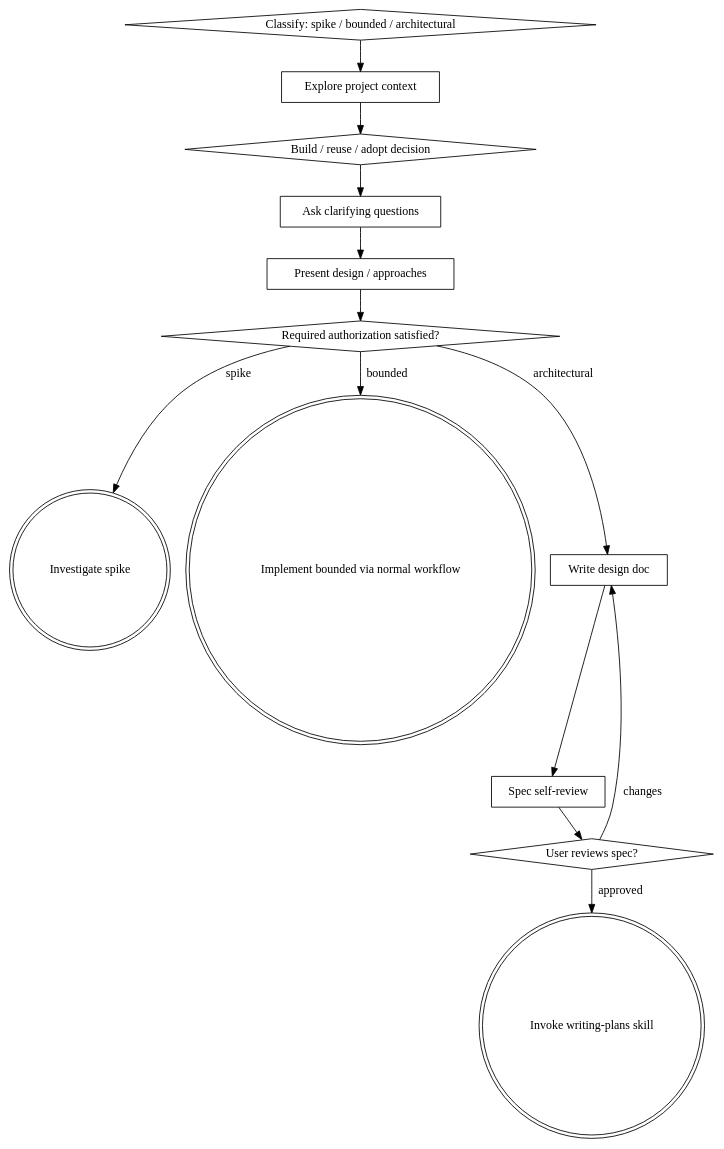
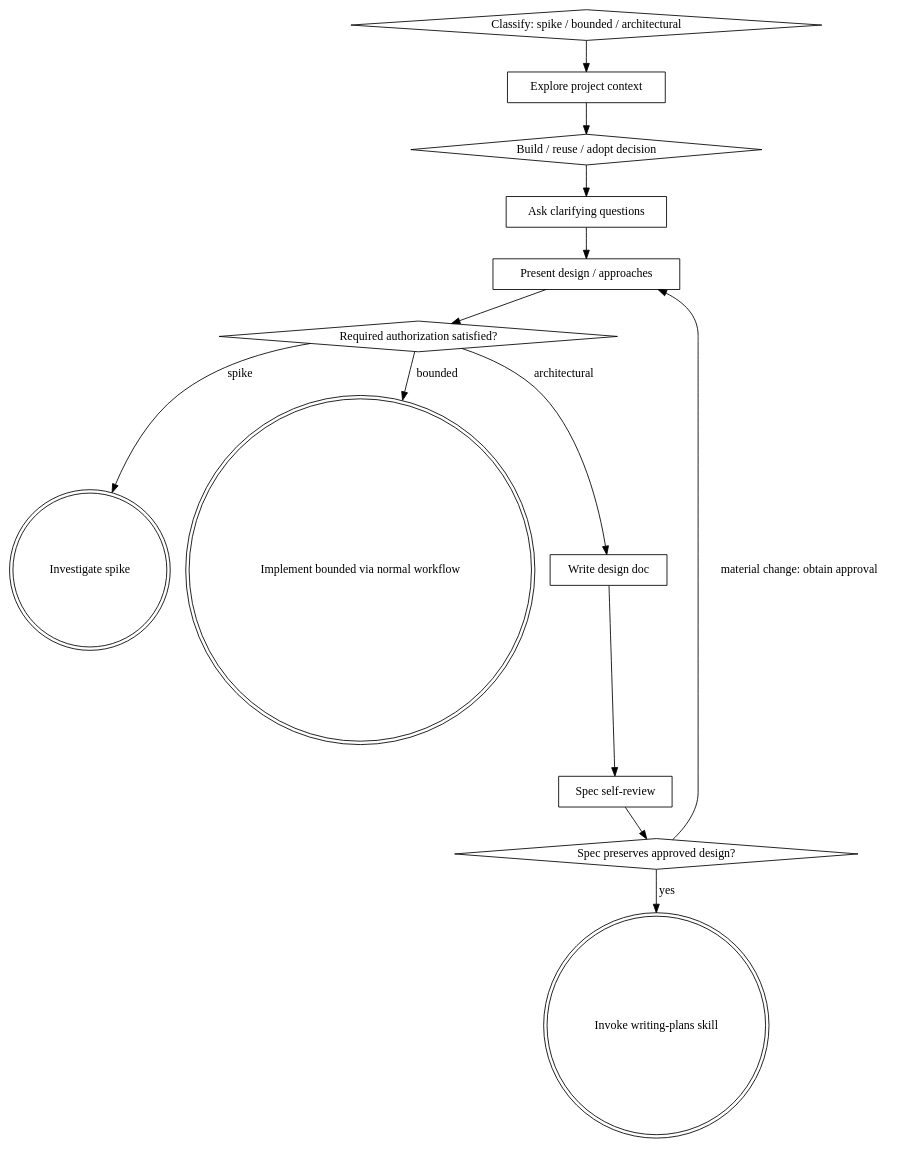
Before and after one commit to chris-han/livingware-engineer: the diagram in skills/brainstorming/SKILL.md, drawn with Graphviz. The commit also changed other lines of this file and 30 other files, not shown here.

Commit message:
fix: apply skill-review findings and release 6.5.20

````diff
--- a/skills/brainstorming/SKILL.md
+++ b/skills/brainstorming/SKILL.md
@@ -121,29 +121,29 @@
 ```dot
 digraph brainstorming {
     "Classify: spike / bounded / architectural" [shape=diamond];
     "Explore project context" [shape=box];
     "Build / reuse / adopt decision" [shape=diamond];
     "Ask clarifying questions" [shape=box];
     "Present design / approaches" [shape=box];
     "Required authorization satisfied?" [shape=diamond];
     "Investigate spike" [shape=doublecircle];
     "Implement bounded via normal workflow" [shape=doublecircle];
     "Write design doc" [shape=box];
     "Spec self-review" [shape=box];
-    "User reviews spec?" [shape=diamond];
+    "Spec preserves approved design?" [shape=diamond];
     "Invoke writing-plans skill" [shape=doublecircle];
 
     "Classify: spike / bounded / architectural" -> "Explore project context";
     "Explore project context" -> "Build / reuse / adopt decision";
     "Build / reuse / adopt decision" -> "Ask clarifying questions";
     "Ask clarifying questions" -> "Present design / approaches";
     "Present design / approaches" -> "Required authorization satisfied?";
     "Required authorization satisfied?" -> "Investigate spike" [label="spike"];
     "Required authorization satisfied?" -> "Implement bounded via normal workflow" [label="bounded"];
     "Required authorization satisfied?" -> "Write design doc" [label="architectural"];
     "Write design doc" -> "Spec self-review";
-    "Spec self-review" -> "User reviews spec?";
-    "User reviews spec?" -> "Write design doc" [label="changes"];
-    "User reviews spec?" -> "Invoke writing-plans skill" [label="approved"];
+    "Spec self-review" -> "Spec preserves approved design?";
+    "Spec preserves approved design?" -> "Present design / approaches" [label="material change: obtain approval"];
+    "Spec preserves approved design?" -> "Invoke writing-plans skill" [label="yes"];
 }
 ```
````
